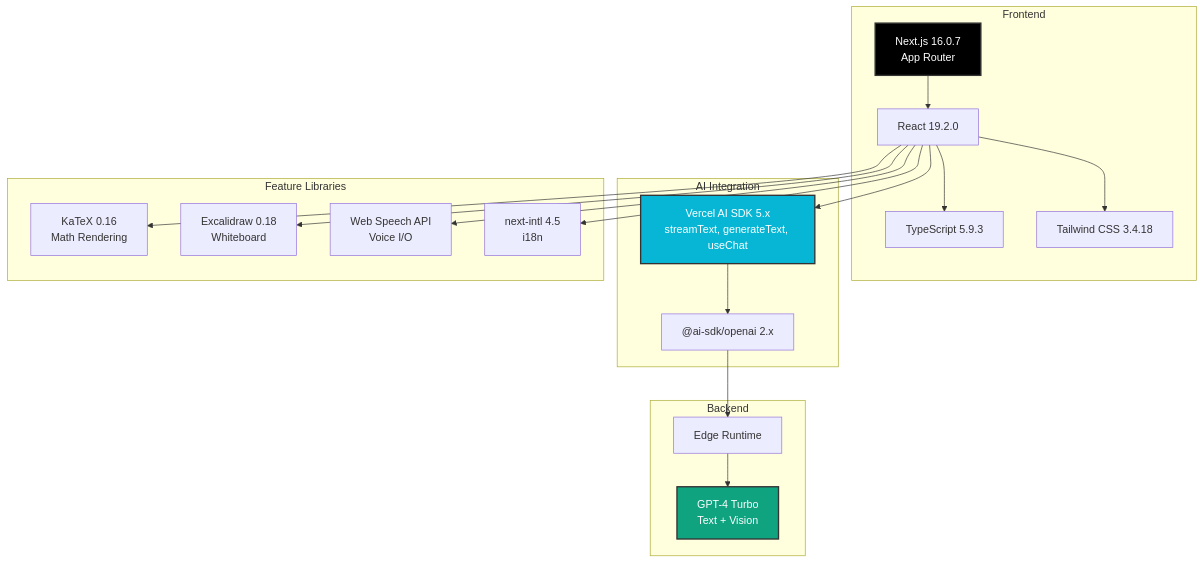
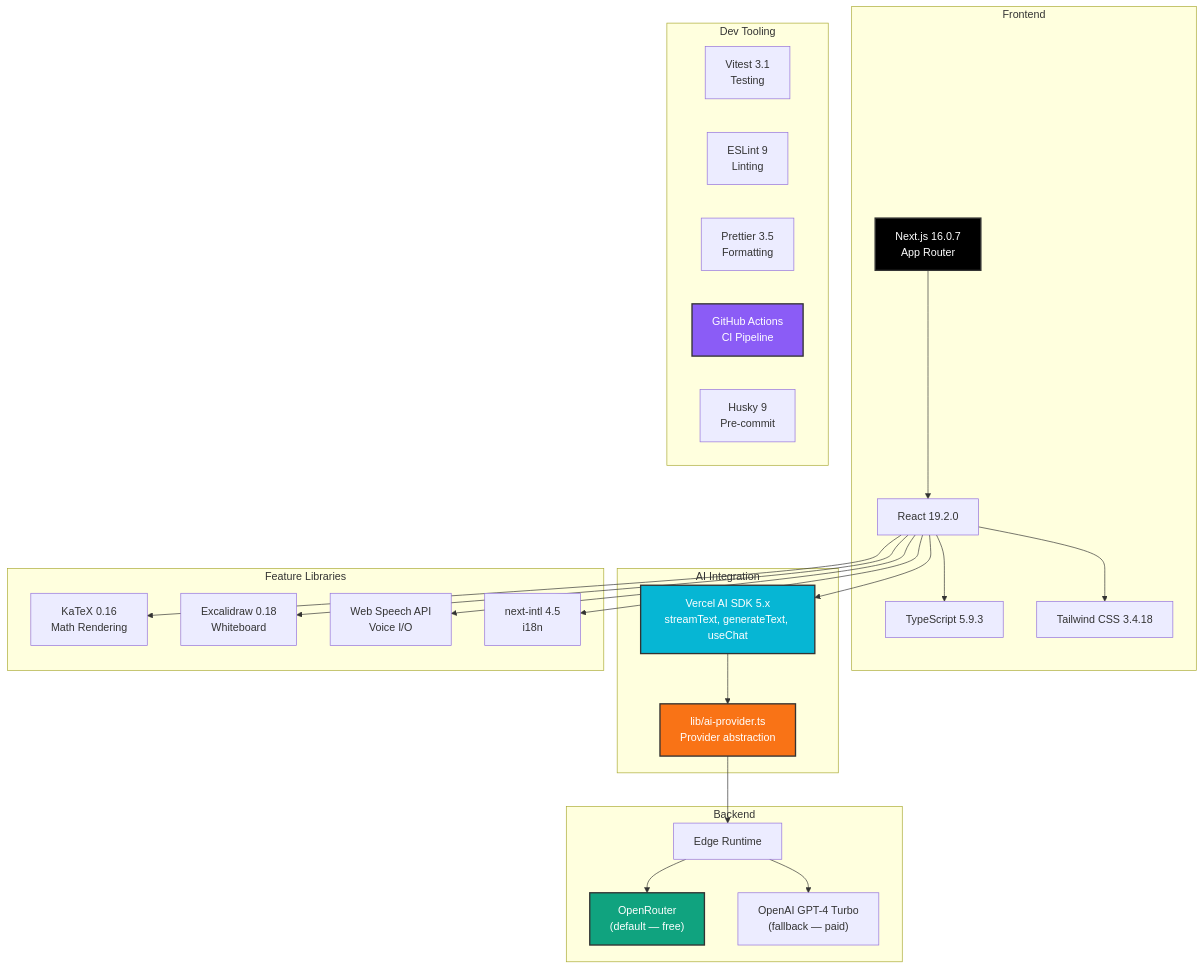
One commit to Rhoahndur/Gandalf changed diagram 18 of 18 in architecture.md. Above: the diagram before and after it, drawn with Mermaid. The commit also changed other lines of this file and 1 other file, not shown here.

````diff
--- a/architecture.md
+++ b/architecture.md
@@ -665,42 +870,54 @@
 ```mermaid
 graph TB
     subgraph "Frontend"
         NextJS["Next.js 16.0.7<br/>App Router"]
         React["React 19.2.0"]
         TS["TypeScript 5.9.3"]
         Tailwind["Tailwind CSS 3.4.18"]
     end
 
     subgraph "AI Integration"
         AISDK["Vercel AI SDK 5.x<br/>streamText, generateText, useChat"]
-        OpenAISDK["@ai-sdk/openai 2.x"]
+        AIProviderLib["lib/ai-provider.ts<br/>Provider abstraction"]
     end
 
     subgraph "Feature Libraries"
         KaTeX["KaTeX 0.16<br/>Math Rendering"]
         ExcalidrawLib["Excalidraw 0.18<br/>Whiteboard"]
         WebSpeechLib["Web Speech API<br/>Voice I/O"]
         NextIntlLib["next-intl 4.5<br/>i18n"]
     end
 
     subgraph "Backend"
         EdgeRT["Edge Runtime"]
-        GPT4T["GPT-4 Turbo<br/>Text + Vision"]
+        OpenRouterSvc["OpenRouter<br/>(default — free)"]
+        OpenAISvc["OpenAI GPT-4 Turbo<br/>(fallback — paid)"]
+    end
+
+    subgraph "Dev Tooling"
+        Vitest["Vitest 3.1<br/>Testing"]
+        ESLint["ESLint 9<br/>Linting"]
+        Prettier["Prettier 3.5<br/>Formatting"]
+        GHA["GitHub Actions<br/>CI Pipeline"]
+        Husky["Husky 9<br/>Pre-commit"]
     end
 
     NextJS --> React
     React --> TS
     React --> Tailwind
     React --> AISDK
-    AISDK --> OpenAISDK
-    OpenAISDK --> EdgeRT
-    EdgeRT --> GPT4T
+    AISDK --> AIProviderLib
+    AIProviderLib --> EdgeRT
+    EdgeRT --> OpenRouterSvc
+    EdgeRT --> OpenAISvc
     React --> KaTeX
     React --> ExcalidrawLib
     React --> WebSpeechLib
     React --> NextIntlLib
 
     style NextJS fill:#000,stroke:#333,stroke-width:2px,color:#fff
     style AISDK fill:#06b6d4,stroke:#333,stroke-width:2px,color:#fff
-    style GPT4T fill:#10a37f,stroke:#333,stroke-width:2px,color:#fff
+    style AIProviderLib fill:#f97316,stroke:#333,stroke-width:2px,color:#fff
+    style OpenRouterSvc fill:#10a37f,stroke:#333,stroke-width:2px,color:#fff
+    style GHA fill:#8b5cf6,stroke:#333,stroke-width:2px,color:#fff
 ```
````
